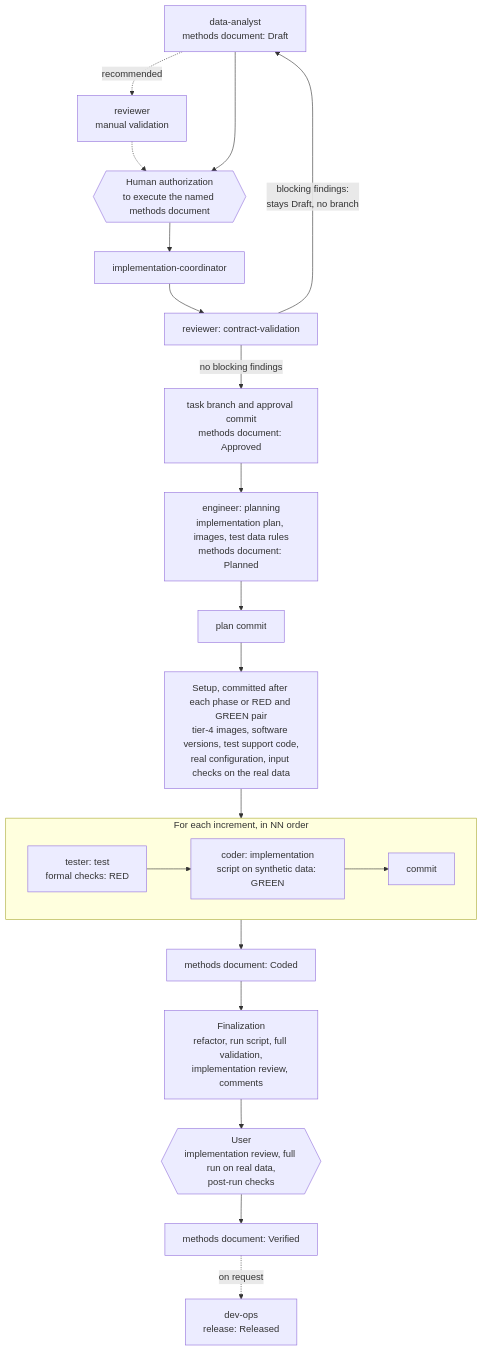
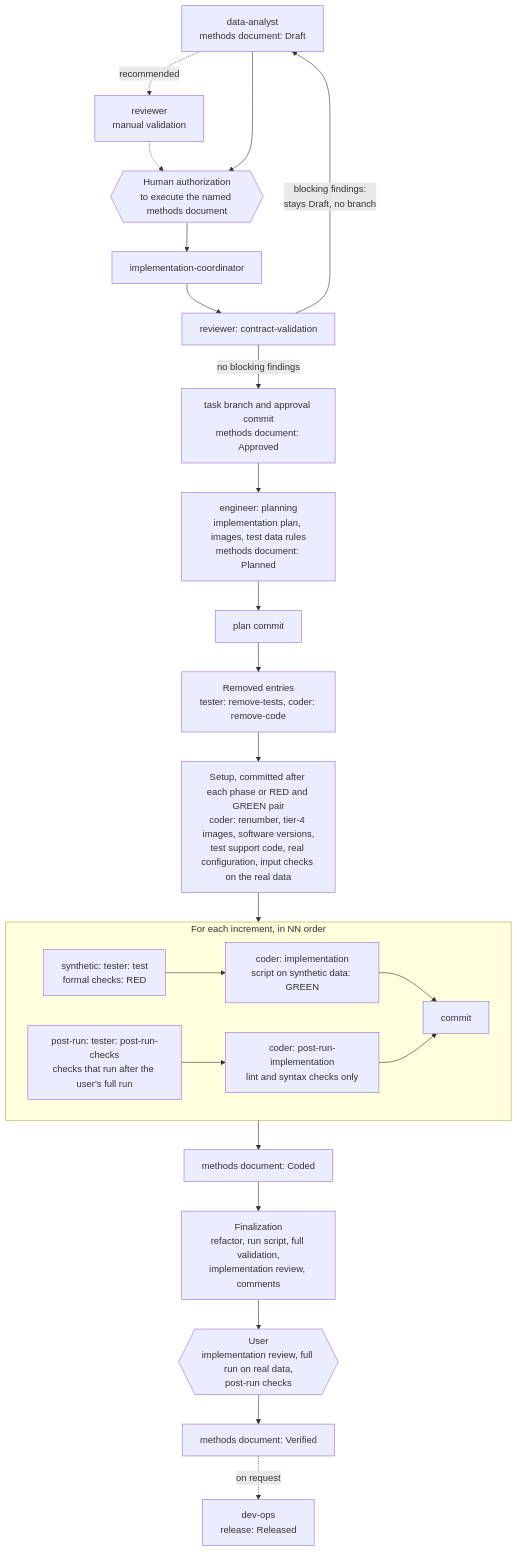
Before and after one commit to yocra3/AI_agents: the second of 2 diagrams in README.md, drawn with Mermaid. The commit also changed other lines of this file and 39 other files, not shown here.

````diff
--- a/README.md
+++ b/README.md
@@ -112,23 +112,25 @@
 ```mermaid
 flowchart TD
     DA["data-analyst<br/>methods document: Draft"] -. recommended .-> MV["reviewer<br/>manual validation"]
     MV -.-> HA
     DA --> HA{{"Human authorization<br/>to execute the named methods document"}}
     HA --> IC["implementation-coordinator"]
     IC --> RV["reviewer: contract-validation"]
     RV -- "blocking findings:<br/>stays Draft, no branch" --> DA
     RV -- "no blocking findings" --> AP["task branch and approval commit<br/>methods document: Approved"]
     AP --> EN["engineer: planning<br/>implementation plan, images, test data rules<br/>methods document: Planned"]
     EN --> PC["plan commit"]
-    PC --> SE["Setup, committed after each phase or RED and GREEN pair<br/>tier-4 images, software versions, test support code,<br/>real configuration, input checks on the real data"]
+    PC --> RM["Removed entries<br/>tester: remove-tests, coder: remove-code"]
+    RM --> SE["Setup, committed after each phase or RED and GREEN pair<br/>coder: renumber, tier-4 images, software versions,<br/>test support code, real configuration, input checks on the real data"]
     SE --> INC
     subgraph INC ["For each increment, in NN order"]
         direction LR
-        T["tester: test<br/>formal checks: RED"] --> C["coder: implementation<br/>script on synthetic data: GREEN"] --> CM["commit"]
+        T["synthetic: tester: test<br/>formal checks: RED"] --> C["coder: implementation<br/>script on synthetic data: GREEN"] --> CM["commit"]
+        PT["post-run: tester: post-run-checks<br/>checks that run after the user's full run"] --> PI["coder: post-run-implementation<br/>lint and syntax checks only"] --> CM
     end
     INC --> CO["methods document: Coded"]
     CO --> FI["Finalization<br/>refactor, run script, full validation,<br/>implementation review, comments"]
     FI --> US{{"User<br/>implementation review, full run on real data,<br/>post-run checks"}}
     US --> VE["methods document: Verified"]
     VE -. on request .-> DO["dev-ops<br/>release: Released"]
 ```
````
